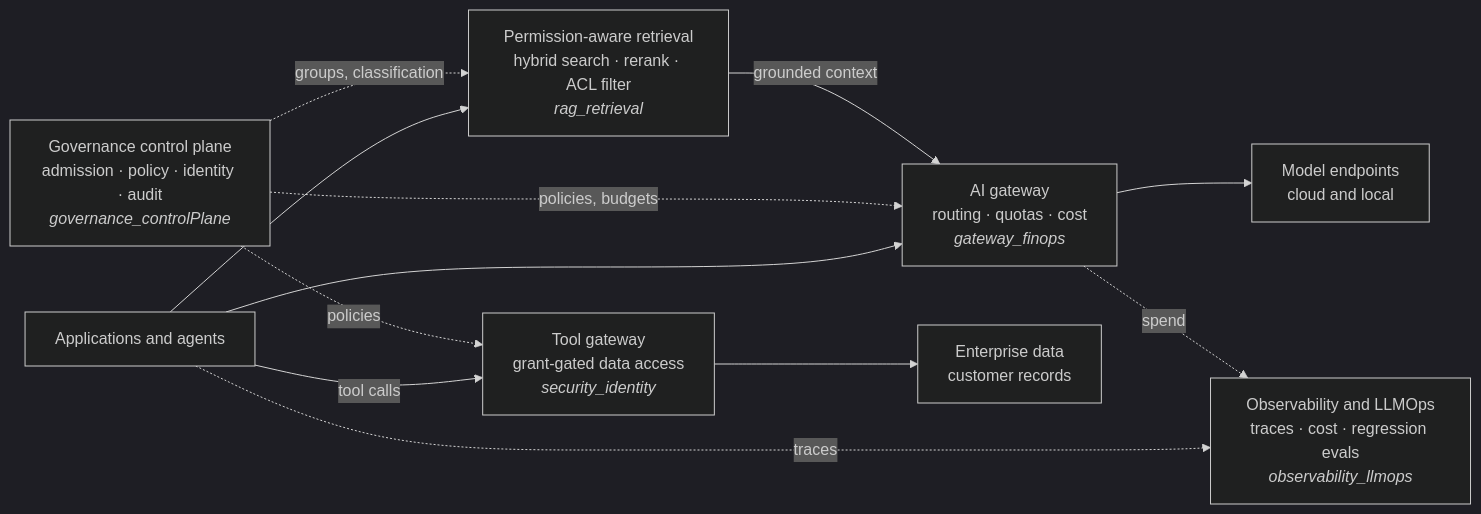
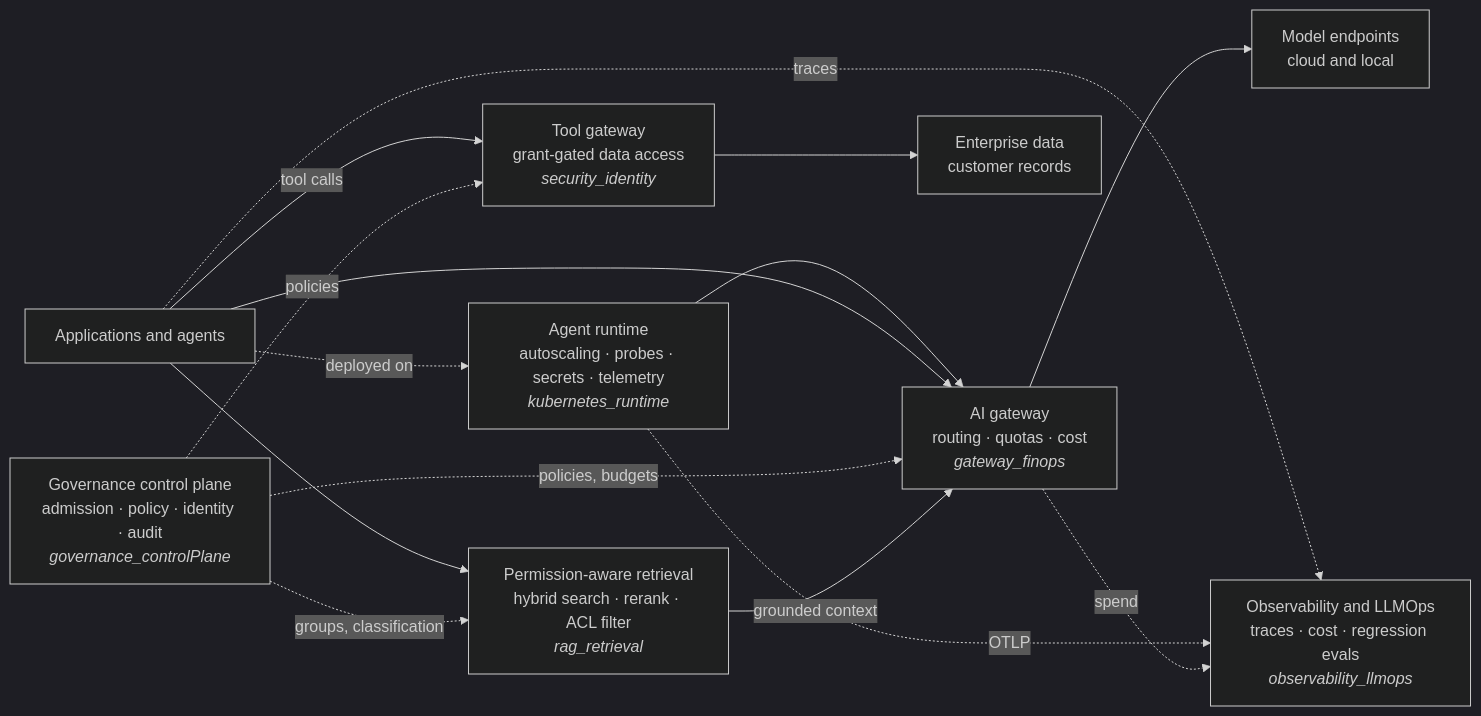
One commit to lolinusrat/enterprise-ai-platform-lab changed the diagram in README.md. Above: the diagram before and after it, drawn with Mermaid (dark theme). The commit also changed other lines of this file and 48 other files, not shown here.

First line of the commit message:
Add kubernetes_runtime: agent API on Kubernetes with autoscaling, probes, secrets and telemetry

````diff
--- a/README.md
+++ b/README.md
@@ -17,15 +18,18 @@
 ```mermaid
 flowchart LR
     Gov["Governance control plane<br/>admission · policy · identity · audit<br/><i>governance_controlPlane</i>"]
-    Apps["Applications and agents"] --> GW["AI gateway<br/>routing · quotas · cost<br/><i>gateway_finops</i>"]
+    RT["Agent runtime<br/>autoscaling · probes · secrets · telemetry<br/><i>kubernetes_runtime</i>"] --> GW
+    Apps["Applications and agents"] -. "deployed on" .-> RT
+    Apps --> GW["AI gateway<br/>routing · quotas · cost<br/><i>gateway_finops</i>"]
     GW --> Models["Model endpoints<br/>cloud and local"]
     Gov -. "policies, budgets" .-> GW
-    Apps -. "traces" .-> Obs["Observability and LLMOps<br/>traces · cost · regression evals<br/><i>observability_llmops</i>"]
+    Apps -. "traces" .-> Obs
+    RT -. "OTLP" .-> Obs["Observability and LLMOps<br/>traces · cost · regression evals<br/><i>observability_llmops</i>"]
     GW -. "spend" .-> Obs
     Apps -- "tool calls" --> TG["Tool gateway<br/>grant-gated data access<br/><i>security_identity</i>"]
     TG --> Data["Enterprise data<br/>customer records"]
     Gov -. "policies" .-> TG
     Apps --> RAG["Permission-aware retrieval<br/>hybrid search · rerank · ACL filter<br/><i>rag_retrieval</i>"]
     RAG -- "grounded context" --> GW
     Gov -. "groups, classification" .-> RAG
 ```
````
